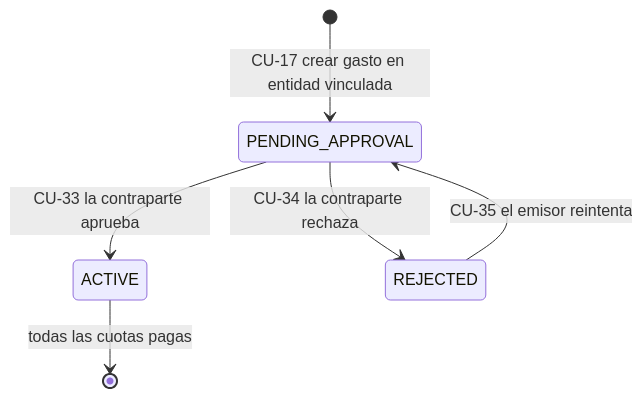
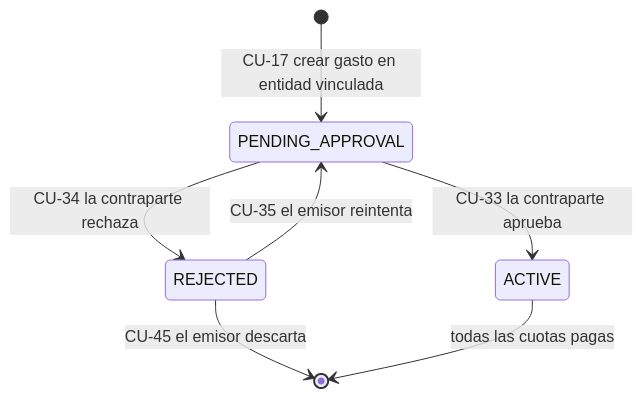
One commit to Gonn01/web-expense-manager changed the first of 3 diagrams in docs/casos-de-uso.md. Above: the diagram before and after it, drawn with Mermaid. The commit also changed other lines of this file and 23 other files, not shown here.

````diff
--- a/docs/casos-de-uso.md
+++ b/docs/casos-de-uso.md
@@ -772,8 +800,9 @@
 ```mermaid
 stateDiagram-v2
     [*] --> PENDING_APPROVAL: CU-17 crear gasto en entidad vinculada
     PENDING_APPROVAL --> ACTIVE: CU-33 la contraparte aprueba
     PENDING_APPROVAL --> REJECTED: CU-34 la contraparte rechaza
     REJECTED --> PENDING_APPROVAL: CU-35 el emisor reintenta
+    REJECTED --> [*]: CU-45 el emisor descarta
     ACTIVE --> [*]: todas las cuotas pagas
 ```
````
